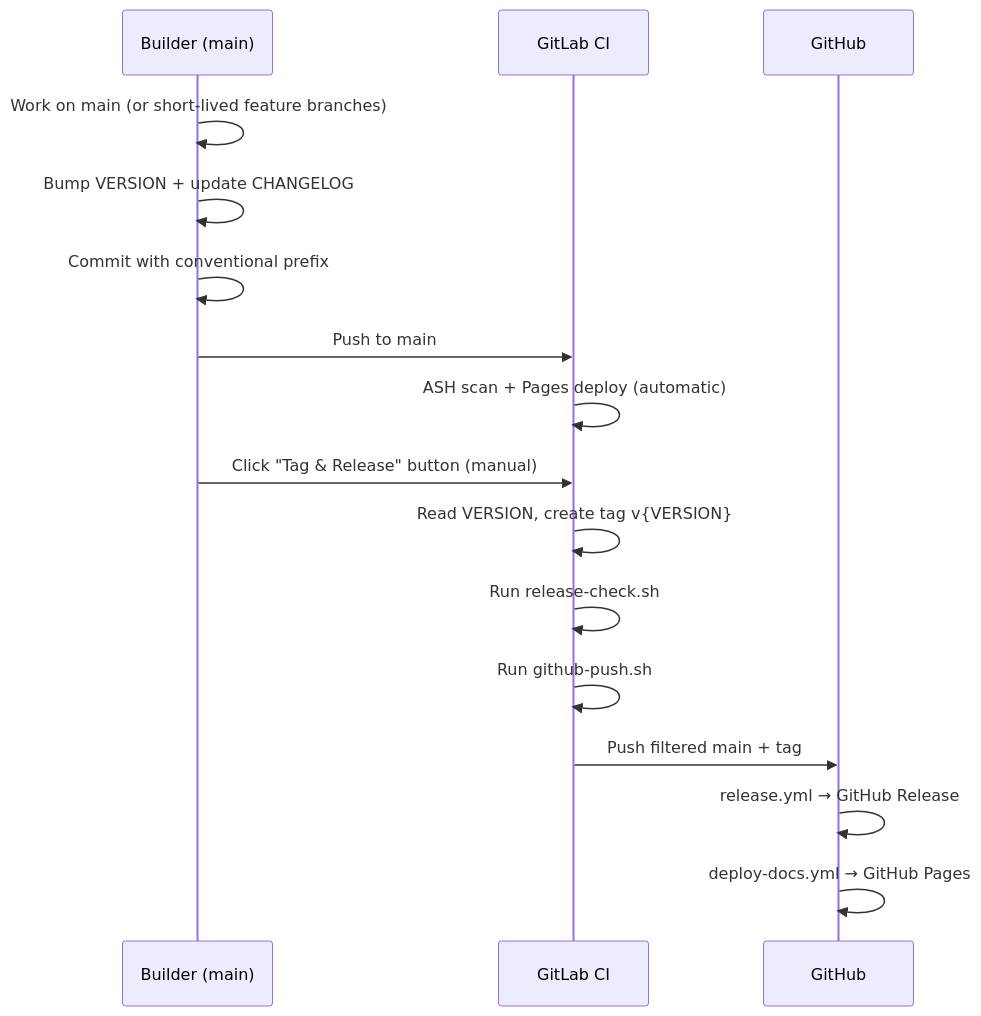
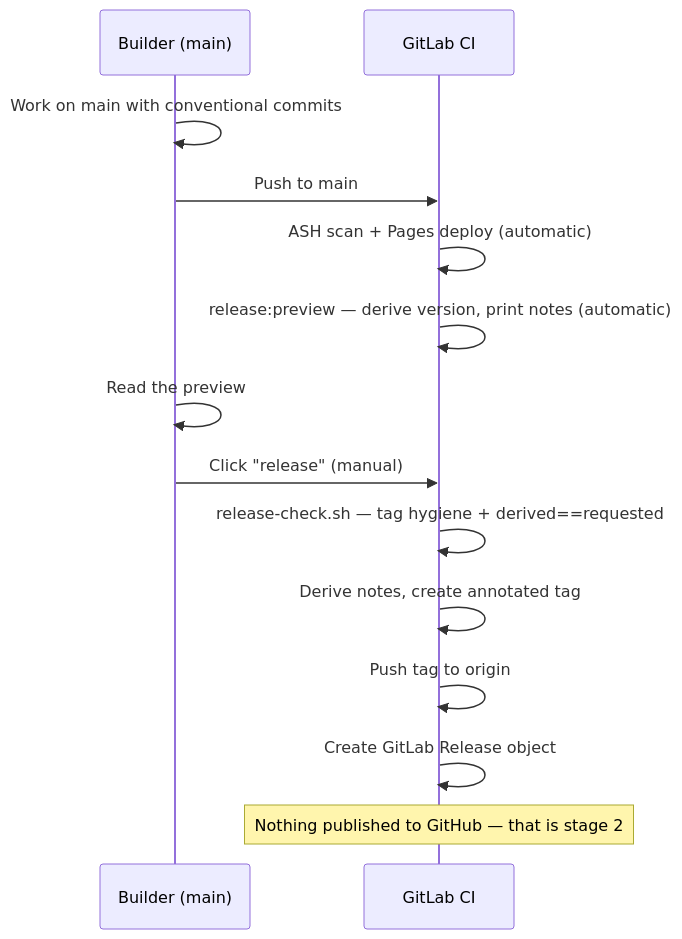
One commit to aws-samples/sample-innovation-patterns changed the diagram in docs/docs/developer-docs/internal/operations/runbooks/releasing.md. Above: the diagram before and after it, drawn with Mermaid. The commit also changed other lines of this file and 23 other files, not shown here.

Commit message:
feat(infra): two-stage manual release — derived internal releases + selective GitHub publish

````diff
--- a/docs/docs/developer-docs/internal/operations/runbooks/releasing.md
+++ b/docs/docs/developer-docs/internal/operations/runbooks/releasing.md
@@ -263,19 +287,17 @@
 ```mermaid
 sequenceDiagram
     participant Dev as Builder (main)
     participant CI as GitLab CI
-    participant GH as GitHub
 
-    Dev->>Dev: Work on main (or short-lived feature branches)
-    Dev->>Dev: Bump VERSION + update CHANGELOG
-    Dev->>Dev: Commit with conventional prefix
+    Dev->>Dev: Work on main with conventional commits
     Dev->>CI: Push to main
     CI->>CI: ASH scan + Pages deploy (automatic)
-    Dev->>CI: Click "Tag & Release" button (manual)
-    CI->>CI: Read VERSION, create tag v{VERSION}
-    CI->>CI: Run release-check.sh
-    CI->>CI: Run github-push.sh
-    CI->>GH: Push filtered main + tag
-    GH->>GH: release.yml → GitHub Release
-    GH->>GH: deploy-docs.yml → GitHub Pages
+    CI->>CI: release:preview — derive version, print notes (automatic)
+    Dev->>Dev: Read the preview
+    Dev->>CI: Click "release" (manual)
+    CI->>CI: release-check.sh — tag hygiene + derived==requested
+    CI->>CI: Derive notes, create annotated tag
+    CI->>CI: Push tag to origin
+    CI->>CI: Create GitLab Release object
+    Note over CI: Nothing published to GitHub — that is stage 2
 ```
````
